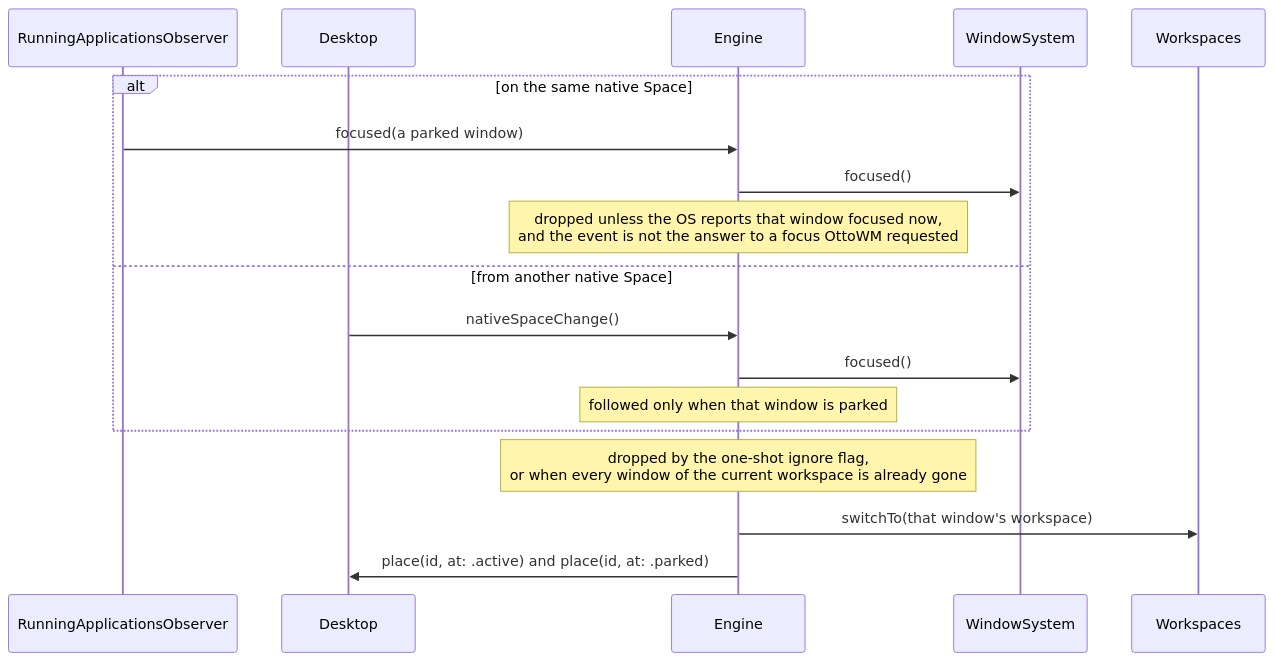
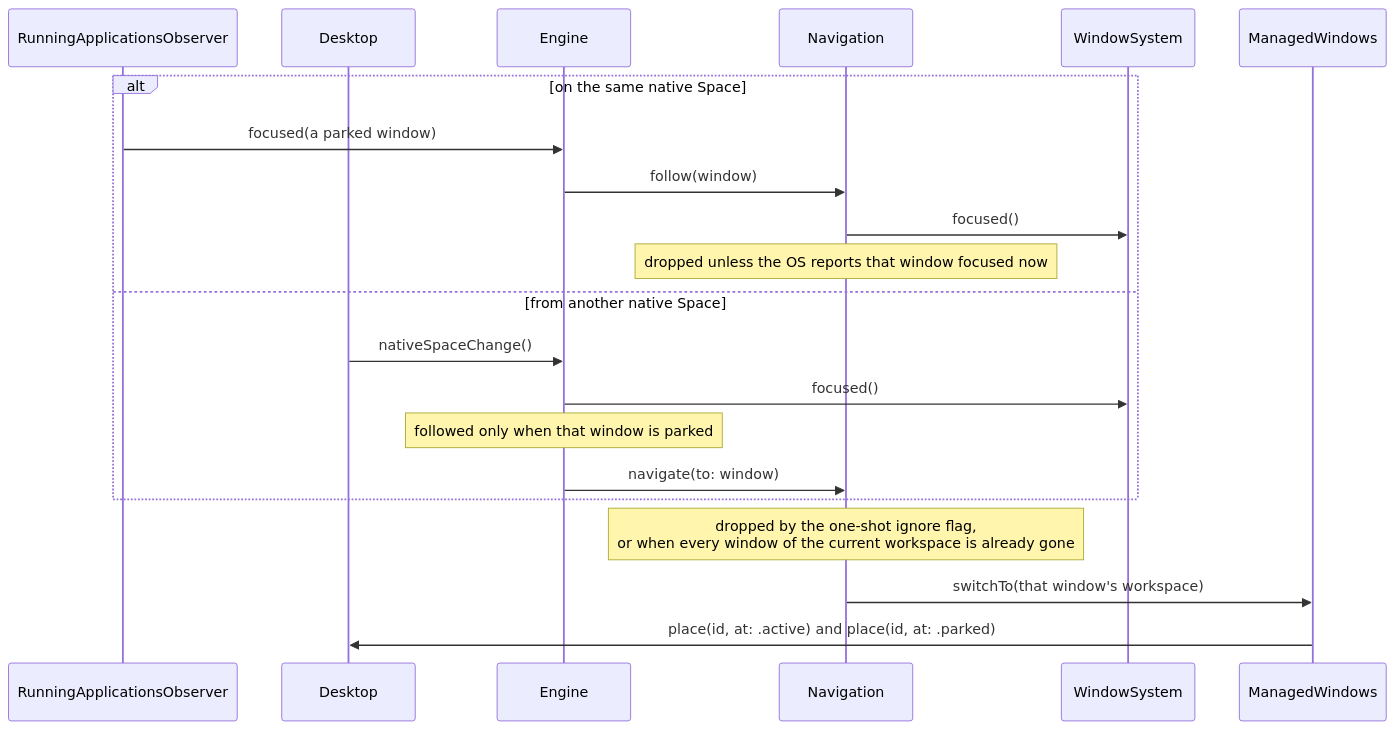
Before and after one commit to brennovich/ottowm: diagram 11 of 18 in ARCHITECTURE.md, drawn with Mermaid. The commit also changed other lines of this file and 23 other files, not shown here.

````diff
--- a/ARCHITECTURE.md
+++ b/ARCHITECTURE.md
@@ -261,21 +282,24 @@
 ```mermaid
 sequenceDiagram
     participant RunningApplicationsObserver
     participant Desktop
     participant Engine
+    participant Navigation
     participant WindowSystem
-    participant Workspaces
+    participant ManagedWindows
 
     alt on the same native Space
         RunningApplicationsObserver->>Engine: focused(a parked window)
-        Engine->>WindowSystem: focused()
-        Note over Engine: dropped unless the OS reports that window focused now,<br/>and the event is not the answer to a focus OttoWM requested
+        Engine->>Navigation: follow(window)
+        Navigation->>WindowSystem: focused()
+        Note over Navigation: dropped unless the OS reports that window focused now
     else from another native Space
         Desktop->>Engine: nativeSpaceChange()
         Engine->>WindowSystem: focused()
         Note over Engine: followed only when that window is parked
+        Engine->>Navigation: navigate(to: window)
     end
-    Note over Engine: dropped by the one-shot ignore flag,<br/>or when every window of the current workspace is already gone
-    Engine->>Workspaces: switchTo(that window's workspace)
-    Engine->>Desktop: place(id, at: .active) and place(id, at: .parked)
+    Note over Navigation: dropped by the one-shot ignore flag,<br/>or when every window of the current workspace is already gone
+    Navigation->>ManagedWindows: switchTo(that window's workspace)
+    ManagedWindows->>Desktop: place(id, at: .active) and place(id, at: .parked)
 ```
````
